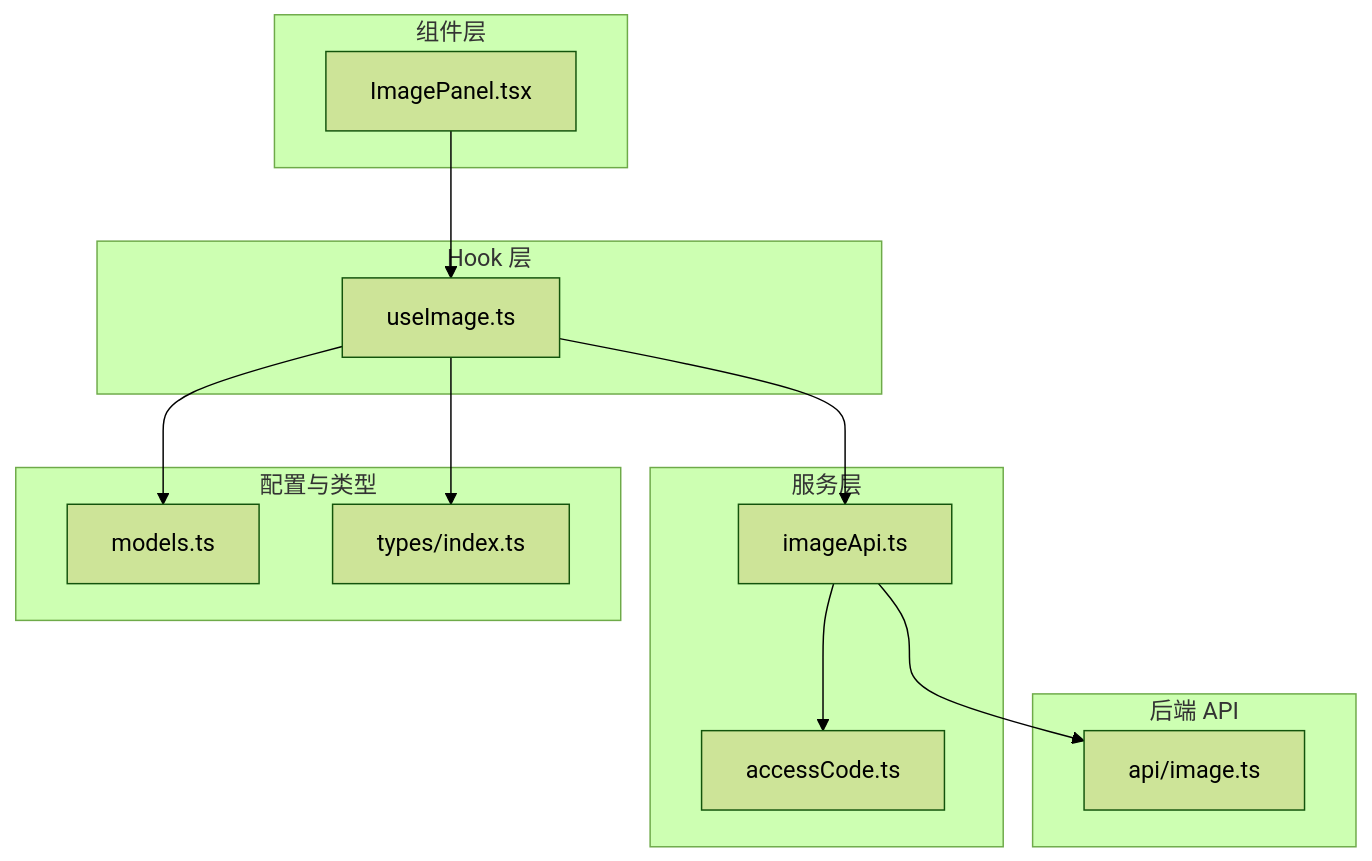
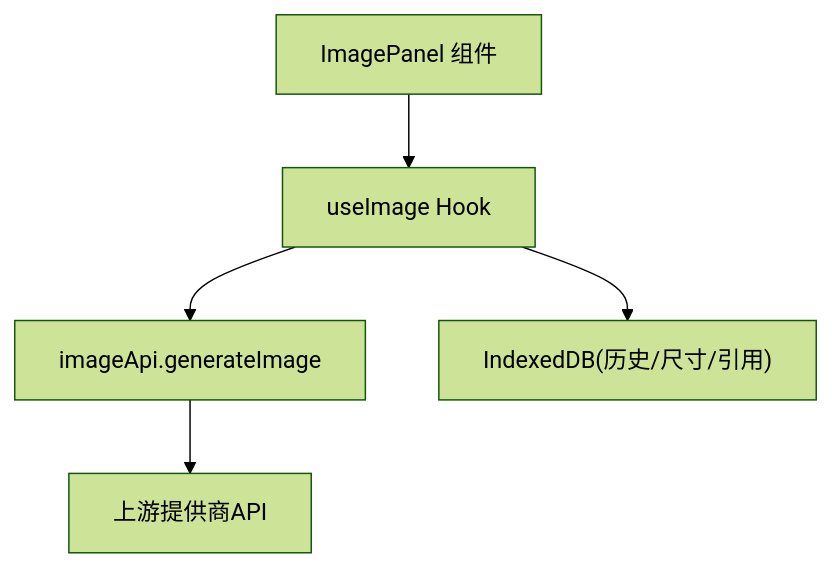
The first of 5 diagrams in .qoder/repowiki/zh/content/图像生成功能/图像状态管理.md (billye220670/AIShop), drawn with Mermaid (forest theme) before and after one commit. The commit also changed other lines of this file and 135 other files, not shown here.

````diff
--- a/.qoder/repowiki/zh/content/图像生成功能/图像状态管理.md
+++ b/.qoder/repowiki/zh/content/图像生成功能/图像状态管理.md
@@ -38,26 +33,7 @@
 ```mermaid
 graph TB
-subgraph "组件层"
-IP["ImagePanel.tsx"]
-end
-subgraph "Hook 层"
-UIH["useImage.ts"]
-end
-subgraph "服务层"
-IA["imageApi.ts"]
-AC["accessCode.ts"]
-end
-subgraph "后端 API"
-APIIMG["api/image.ts"]
-end
-subgraph "配置与类型"
-MODELS["models.ts"]
-TYPES["types/index.ts"]
-end
-IP --> UIH
-UIH --> IA
-IA --> AC
-IA --> APIIMG
-UIH --> MODELS
-UIH --> TYPES
+UI["ImagePanel 组件"] --> Hook["useImage Hook"]
+Hook --> API["imageApi.generateImage"]
+Hook --> DB["IndexedDB(历史/尺寸/引用)"]
+API --> Provider["上游提供商API"]
 ```
````
